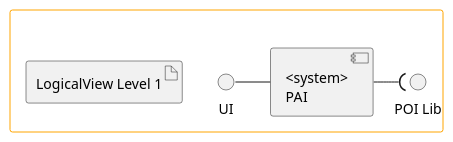
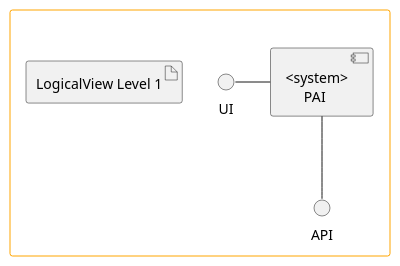
One commit to GasparISEP/DevOps-PAI changed the diagram in docs/Sprint_6/LogicalView/Level1.puml. Above: the diagram before and after it, drawn with PlantUML. The commit also changed 2 other files, not shown here.

Commit message:
refactor (diagram): Remove POI library from all diagrams in the Logical View (#530)

```diff
--- a/docs/Sprint_6/LogicalView/Level1.puml
+++ b/docs/Sprint_6/LogicalView/Level1.puml
@@ -1,22 +1,22 @@
 @startuml
 
 skinparam rectangle {
   BorderColor Orange
   BackgroundColor White
 }
 
 rectangle " " as SystemBox {
 
   artifact "LogicalView Level 1" as D1
 
-  component "<system>\nPAI" as PAI {
+  component "<system>\n     PAI" as PAI {
   }
 
   interface "UI" as UI
-  interface "POI Lib" as POI
+  interface "API" as API
 
   UI -right- PAI
-  PAI -( POI
+  API -up- PAI
 }
 
 @enduml
```
